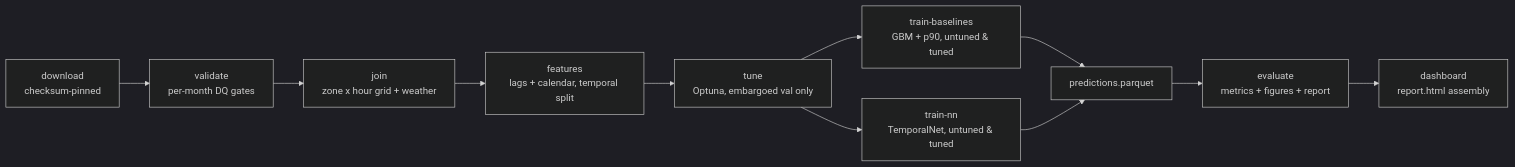
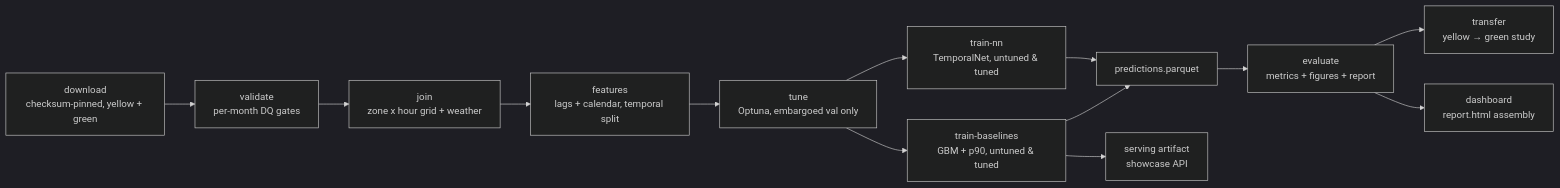
One commit to amm-ds/portfolio changed the diagram in projects/07-open-data-mobility/DESIGN.md. Above: the diagram before and after it, drawn with Mermaid (dark theme). The commit also changed other lines of this file and 106 other files, not shown here.

````diff
--- a/projects/07-open-data-mobility/DESIGN.md
+++ b/projects/07-open-data-mobility/DESIGN.md
@@ -114,13 +114,15 @@
 ```mermaid
 flowchart LR
-    A[download<br/>checksum-pinned] --> B[validate<br/>per-month DQ gates]
+    A[download<br/>checksum-pinned, yellow + green] --> B[validate<br/>per-month DQ gates]
     B --> C[join<br/>zone x hour grid + weather]
     C --> D[features<br/>lags + calendar, temporal split]
     D --> T[tune<br/>Optuna, embargoed val only]
     T --> E[train-baselines<br/>GBM + p90, untuned & tuned]
     T --> F[train-nn<br/>TemporalNet, untuned & tuned]
     E --> G[predictions.parquet]
     F --> G
     G --> H[evaluate<br/>metrics + figures + report]
+    H --> X[transfer<br/>yellow → green study]
+    E --> S[serving artifact<br/>showcase API]
     H --> I[dashboard<br/>report.html assembly]
 ```
````
